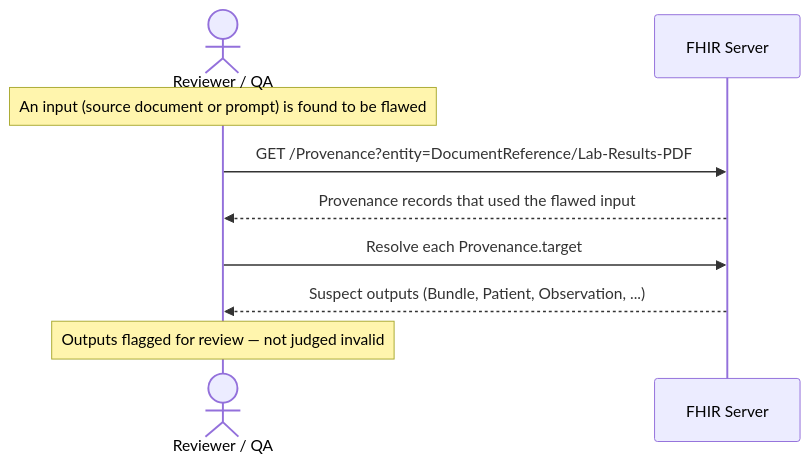
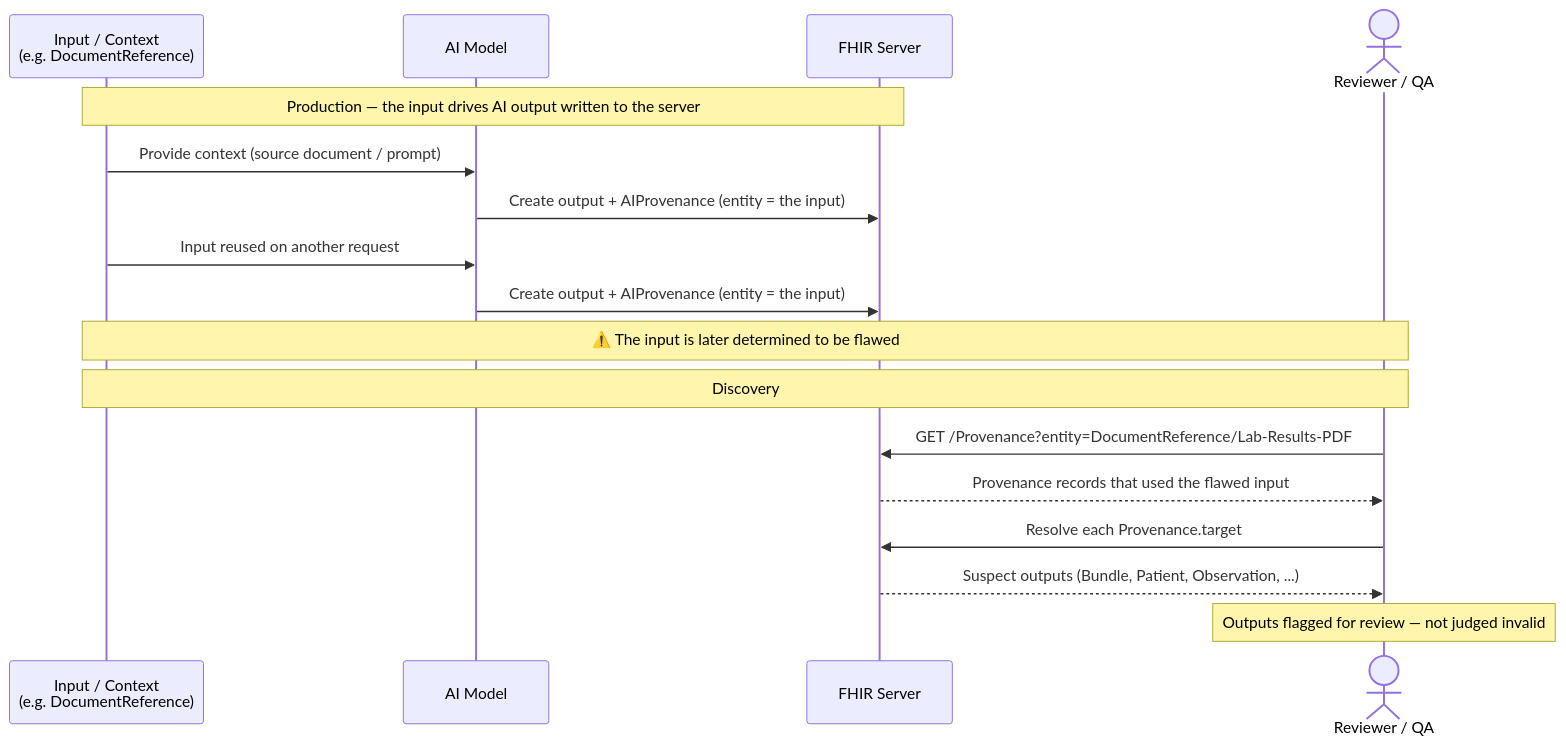
Before and after one commit to HL7/aitransparency-ig: the fifth of 5 diagrams in input/pagecontent/use_cases.md, drawn with Mermaid. The commit also changed other lines of this file, not shown here.

Commit message:
Working on FHIR-54278: Improvement to sequence diagrams for use case 3 and 4

````diff
--- a/input/pagecontent/use_cases.md
+++ b/input/pagecontent/use_cases.md
@@ -151,11 +160,22 @@
 ```mermaid
 sequenceDiagram
+    participant C as Input / Context<br/>(e.g. DocumentReference)
+    participant AI as AI Model
+    participant S as FHIR Server
     actor R as Reviewer / QA
-    participant S as FHIR Server
-    Note over R: An input (source document or prompt) is found to be flawed
+
+    Note over C,S: Production — the input drives AI output written to the server
+    C->>AI: Provide context (source document / prompt)
+    AI->>S: Create output + AIProvenance (entity = the input)
+    C->>AI: Input reused on another request
+    AI->>S: Create output + AIProvenance (entity = the input)
+
+    Note over C,R: ⚠️ The input is later determined to be flawed
+
+    Note over C,R: Discovery
     R->>S: GET /Provenance?entity=DocumentReference/Lab-Results-PDF
     S-->>R: Provenance records that used the flawed input
     R->>S: Resolve each Provenance.target
     S-->>R: Suspect outputs (Bundle, Patient, Observation, ...)
     Note over R: Outputs flagged for review — not judged invalid
 ```
````
